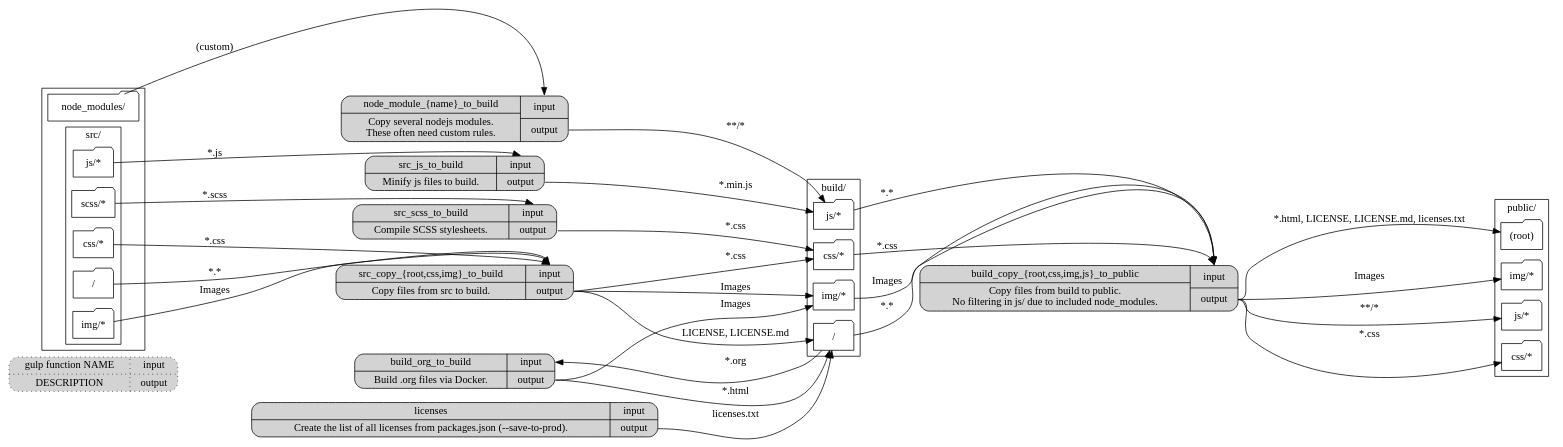
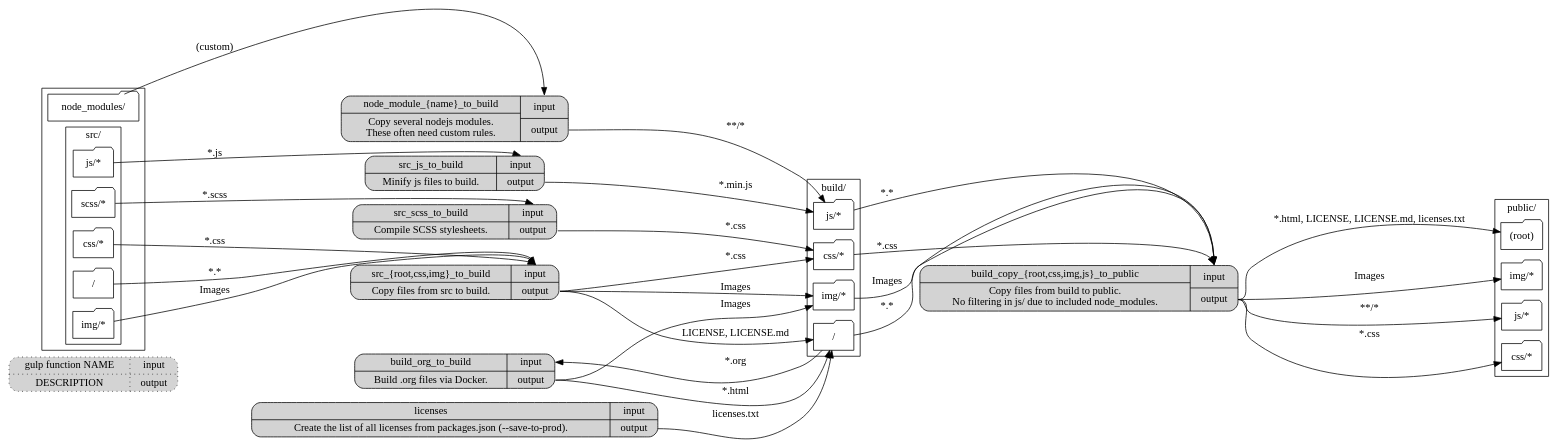
One commit to neuhalje/presentation_git-from-the-inside changed the diagram in doc/BUILD.org. Above: the diagram before and after it, drawn with Graphviz. The commit also changed other lines of this file and 4 other files, not shown here.

```diff
--- a/doc/BUILD.org
+++ b/doc/BUILD.org
@@ -37,76 +37,76 @@
 #+begin_src dot :file img/flow-between-folders.png :cmdline -Tpng -Kdot
  digraph dfd{
     node[shape=folder]
     rankdir=LR
     legend [style="filled,dotted"   label="{{<name>gulp function NAME |<description>DESCRIPTION}|{<input> input|<output> output}}" shape=Mrecord];
 
     subgraph cluster_sources {
         src_node_modules [label="node_modules/"];
         subgraph cluster_src {
             rankdir=TD;
             label = "src/";
             src_root [label="/"];
             src_img [label="img/*"];
             src_js [label="js/*"];
             src_css [label="css/*"];
             src_scss [label="scss/*"];
         }
     }
 
-    src_root-> src_copy_to_build:input [label="*.*"];
-    src_img-> src_copy_to_build:input [label="Images"];
-    src_css-> src_copy_to_build:input [label="*.css"];
-    src_copy_to_build [style="filled" label="{{<name>src_copy_\{root,css,img\}_to_build |<description>Copy files from src to build.}|{<input> input|<output> output}}" shape=Mrecord];
-    src_copy_to_build:output -> build_img [label="Images"]
-    src_copy_to_build:output -> build_css [label="*.css"]
-    src_copy_to_build:output -> build_root [label="LICENSE, LICENSE.md"]
+    src_root-> src_to_build:input [label="*.*"];
+    src_img-> src_to_build:input [label="Images"];
+    src_css-> src_to_build:input [label="*.css"];
+    src_to_build [style="filled" label="{{<name>src_\{root,css,img\}_to_build |<description>Copy files from src to build.}|{<input> input|<output> output}}" shape=Mrecord];
+    src_to_build:output -> build_img [label="Images"]
+    src_to_build:output -> build_css [label="*.css"]
+    src_to_build:output -> build_root [label="LICENSE, LICENSE.md"]
 
     src_scss-> src_scss_to_build:input [label="*.scss"];
     src_scss_to_build [style="filled" label="{{<name>src_scss_to_build |<description>Compile SCSS stylesheets.}|{<input> input|<output> output}}" shape=Mrecord];
     src_scss_to_build:output -> build_css [label="*.css"]
 
     src_js-> src_js_to_build:input [label="*.js"];
     src_js_to_build [style="filled" label="{{<name>src_js_to_build |<description>Minify js files to build.}|{<input> input|<output> output}}" shape=Mrecord];
     src_js_to_build:output -> build_js [label="*.min.js"]
 
     src_node_modules -> node_modules_to_build:input [label="(custom)"];
     node_modules_to_build[style="filled" label="{{<name>node_module_\{name\}_to_build|<description>Copy several nodejs modules.\nThese often need custom rules.}|{<input> input|<output> output}}" shape=Mrecord];
     node_modules_to_build:output -> build_js [label="**/*"]
 
     subgraph cluster_build {
         label = "build/"
         rankdir=TD;
         build_root [label="/"];
         build_img [label="img/*"];
         build_js [label="js/*"];
         build_css [label="css/*"];
     }
 
     build_root -> build_org_to_build:input [label="*.org"];
     build_org_to_build [style="filled" label="{{<name>build_org_to_build|<description>Build .org files via Docker.}|{<input> input|<output> output}}" shape=Mrecord];
     build_org_to_build:output -> build_root [label="*.html"]
     build_org_to_build:output -> build_img [label="Images"]
 
     licenses [style="filled" label="{{<name>licenses|<description>Create the list of all licenses from packages.json (--save-to-prod).}|{<input> input|<output> output}}" shape=Mrecord];
     licenses:output -> build_root [label="licenses.txt"]
 
     subgraph cluster_public {
         label = "public/"
         rankdir=TD;
         public_root [label="(root)"];
         public_img [label="img/*"];
         public_js [label="js/*"];
         public_css [label="css/*"];
     }
 
     build_root-> build_copy_to_public:input [label="*.*"];
     build_img-> build_copy_to_public:input [label="Images"];
     build_css-> build_copy_to_public:input [label="*.css"];
     build_js-> build_copy_to_public:input [label="*.*"];
     build_copy_to_public [style="filled" label="{{<name>build_copy_\{root,css,img,js\}_to_public |<description>Copy files from build to public.\nNo filtering in js/ due to included node_modules.}|{<input> input|<output> output}}" shape=Mrecord];
     build_copy_to_public:output -> public_img [label="Images"]
     build_copy_to_public:output -> public_css [label="*.css"]
     build_copy_to_public:output -> public_js [label="**/*"]
     build_copy_to_public:output -> public_root [label="*.html, LICENSE, LICENSE.md, licenses.txt"]
 }
 #+end_src
```
